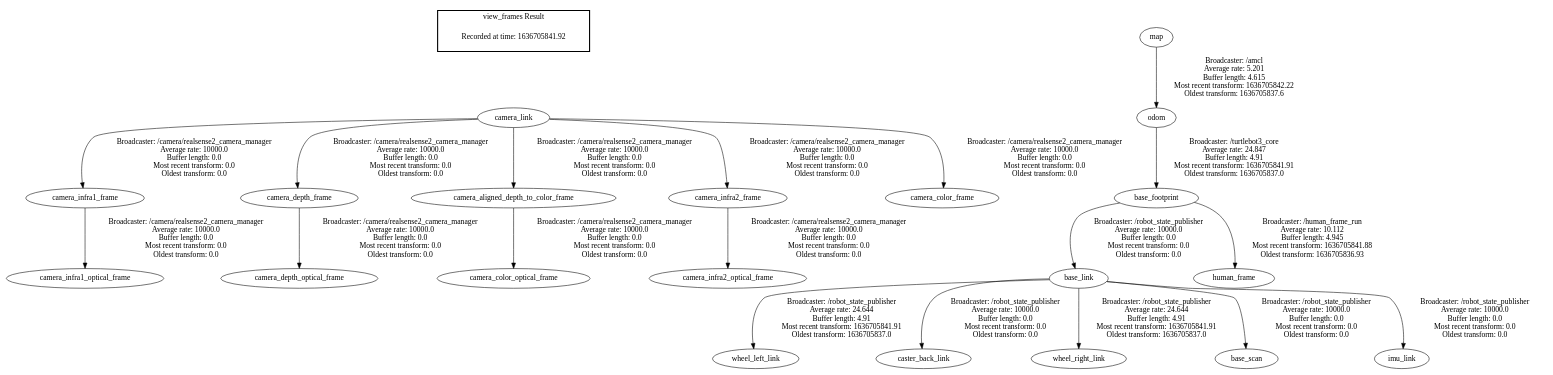
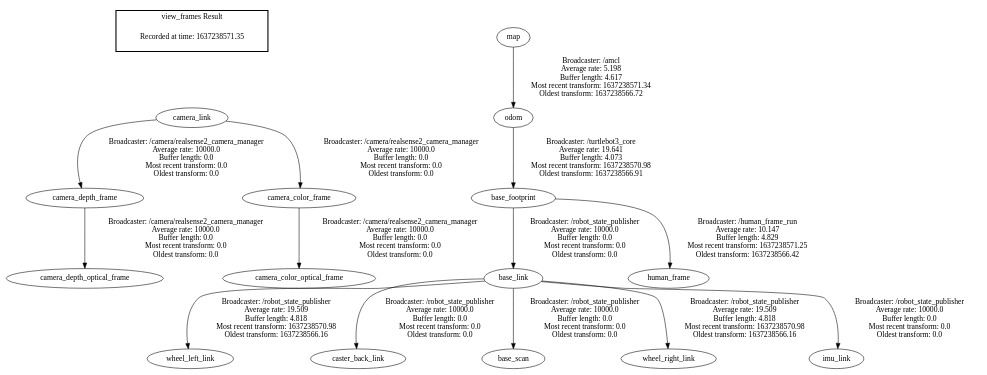
The diagram in bridge_ws/frames.gv (earthtennison/robocup-navigation), drawn with Graphviz before and after one commit. The commit also changed 7 other files, not shown here.

```diff
--- a/bridge_ws/frames.gv
+++ b/bridge_ws/frames.gv
@@ -1,24 +1,19 @@
 digraph G {
-"camera_infra1_frame" -> "camera_infra1_optical_frame"[label=" Broadcaster: /camera/realsense2_camera_manager\nAverage rate: 10000.0\nBuffer length: 0.0\nMost recent transform: 0.0\nOldest transform: 0.0\n"];
-"base_link" -> "wheel_left_link"[label=" Broadcaster: /robot_state_publisher\nAverage rate: 24.644\nBuffer length: 4.91\nMost recent transform: 1636705841.91\nOldest transform: 1636705837.0\n"];
-"base_footprint" -> "human_frame"[label=" Broadcaster: /human_frame_run\nAverage rate: 10.112\nBuffer length: 4.945\nMost recent transform: 1636705841.88\nOldest transform: 1636705836.93\n"];
+"camera_link" -> "camera_depth_frame"[label=" Broadcaster: /camera/realsense2_camera_manager\nAverage rate: 10000.0\nBuffer length: 0.0\nMost recent transform: 0.0\nOldest transform: 0.0\n"];
+"base_link" -> "wheel_left_link"[label=" Broadcaster: /robot_state_publisher\nAverage rate: 19.509\nBuffer length: 4.818\nMost recent transform: 1637238570.98\nOldest transform: 1637238566.16\n"];
+"base_footprint" -> "human_frame"[label=" Broadcaster: /human_frame_run\nAverage rate: 10.147\nBuffer length: 4.829\nMost recent transform: 1637238571.25\nOldest transform: 1637238566.42\n"];
+"base_footprint" -> "base_link"[label=" Broadcaster: /robot_state_publisher\nAverage rate: 10000.0\nBuffer length: 0.0\nMost recent transform: 0.0\nOldest transform: 0.0\n"];
 "base_link" -> "caster_back_link"[label=" Broadcaster: /robot_state_publisher\nAverage rate: 10000.0\nBuffer length: 0.0\nMost recent transform: 0.0\nOldest transform: 0.0\n"];
-"map" -> "odom"[label=" Broadcaster: /amcl\nAverage rate: 5.201\nBuffer length: 4.615\nMost recent transform: 1636705842.22\nOldest transform: 1636705837.6\n"];
+"odom" -> "base_footprint"[label=" Broadcaster: /turtlebot3_core\nAverage rate: 19.641\nBuffer length: 4.073\nMost recent transform: 1637238570.98\nOldest transform: 1637238566.91\n"];
+"base_link" -> "base_scan"[label=" Broadcaster: /robot_state_publisher\nAverage rate: 10000.0\nBuffer length: 0.0\nMost recent transform: 0.0\nOldest transform: 0.0\n"];
+"map" -> "odom"[label=" Broadcaster: /amcl\nAverage rate: 5.198\nBuffer length: 4.617\nMost recent transform: 1637238571.34\nOldest transform: 1637238566.72\n"];
+"base_link" -> "wheel_right_link"[label=" Broadcaster: /robot_state_publisher\nAverage rate: 19.509\nBuffer length: 4.818\nMost recent transform: 1637238570.98\nOldest transform: 1637238566.16\n"];
 "camera_depth_frame" -> "camera_depth_optical_frame"[label=" Broadcaster: /camera/realsense2_camera_manager\nAverage rate: 10000.0\nBuffer length: 0.0\nMost recent transform: 0.0\nOldest transform: 0.0\n"];
-"camera_link" -> "camera_aligned_depth_to_color_frame"[label=" Broadcaster: /camera/realsense2_camera_manager\nAverage rate: 10000.0\nBuffer length: 0.0\nMost recent transform: 0.0\nOldest transform: 0.0\n"];
-"camera_link" -> "camera_depth_frame"[label=" Broadcaster: /camera/realsense2_camera_manager\nAverage rate: 10000.0\nBuffer length: 0.0\nMost recent transform: 0.0\nOldest transform: 0.0\n"];
-"base_link" -> "wheel_right_link"[label=" Broadcaster: /robot_state_publisher\nAverage rate: 24.644\nBuffer length: 4.91\nMost recent transform: 1636705841.91\nOldest transform: 1636705837.0\n"];
-"base_footprint" -> "base_link"[label=" Broadcaster: /robot_state_publisher\nAverage rate: 10000.0\nBuffer length: 0.0\nMost recent transform: 0.0\nOldest transform: 0.0\n"];
-"odom" -> "base_footprint"[label=" Broadcaster: /turtlebot3_core\nAverage rate: 24.847\nBuffer length: 4.91\nMost recent transform: 1636705841.91\nOldest transform: 1636705837.0\n"];
-"base_link" -> "base_scan"[label=" Broadcaster: /robot_state_publisher\nAverage rate: 10000.0\nBuffer length: 0.0\nMost recent transform: 0.0\nOldest transform: 0.0\n"];
-"camera_infra2_frame" -> "camera_infra2_optical_frame"[label=" Broadcaster: /camera/realsense2_camera_manager\nAverage rate: 10000.0\nBuffer length: 0.0\nMost recent transform: 0.0\nOldest transform: 0.0\n"];
-"camera_link" -> "camera_infra2_frame"[label=" Broadcaster: /camera/realsense2_camera_manager\nAverage rate: 10000.0\nBuffer length: 0.0\nMost recent transform: 0.0\nOldest transform: 0.0\n"];
-"camera_aligned_depth_to_color_frame" -> "camera_color_optical_frame"[label=" Broadcaster: /camera/realsense2_camera_manager\nAverage rate: 10000.0\nBuffer length: 0.0\nMost recent transform: 0.0\nOldest transform: 0.0\n"];
+"camera_color_frame" -> "camera_color_optical_frame"[label=" Broadcaster: /camera/realsense2_camera_manager\nAverage rate: 10000.0\nBuffer length: 0.0\nMost recent transform: 0.0\nOldest transform: 0.0\n"];
 "base_link" -> "imu_link"[label=" Broadcaster: /robot_state_publisher\nAverage rate: 10000.0\nBuffer length: 0.0\nMost recent transform: 0.0\nOldest transform: 0.0\n"];
-"camera_link" -> "camera_infra1_frame"[label=" Broadcaster: /camera/realsense2_camera_manager\nAverage rate: 10000.0\nBuffer length: 0.0\nMost recent transform: 0.0\nOldest transform: 0.0\n"];
 "camera_link" -> "camera_color_frame"[label=" Broadcaster: /camera/realsense2_camera_manager\nAverage rate: 10000.0\nBuffer length: 0.0\nMost recent transform: 0.0\nOldest transform: 0.0\n"];
 edge [style=invis];
  subgraph cluster_legend { style=bold; color=black; label ="view_frames Result";
-"Recorded at time: 1636705841.92"[ shape=plaintext ] ;
+"Recorded at time: 1637238571.35"[ shape=plaintext ] ;
 }->"camera_link";
 }
```
